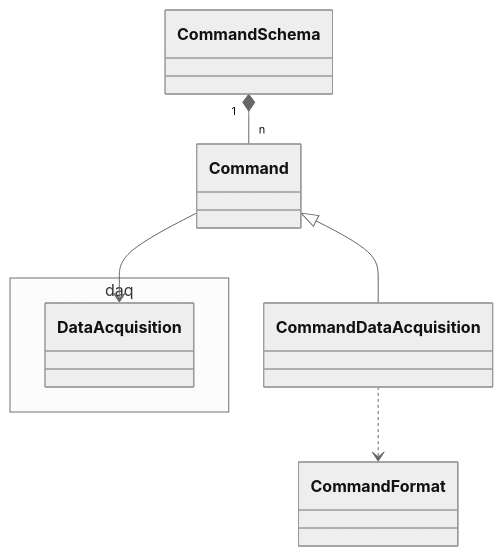
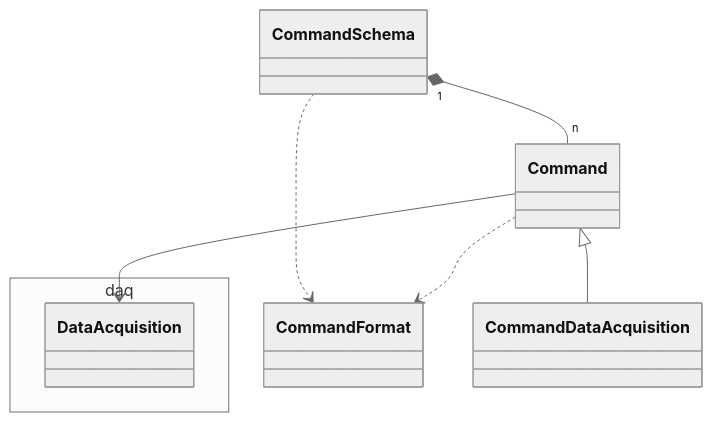
The fifth of 6 diagrams in doc/class_diagram.md (lsst-ts/ts_dynalene), drawn with Mermaid (neutral theme) before and after one commit. The commit also changed other lines of this file and 10 other files, not shown here.

````diff
--- a/doc/class_diagram.md
+++ b/doc/class_diagram.md
@@ -132,14 +143,15 @@
 ```mermaid
 classDiagram
 
 namespace daq {
   class DataAcquisition
 }
 
 CommandSchema "1" *-- "n" Command
+CommandSchema ..> CommandFormat
 
 Command --> DataAcquisition
+Command ..> CommandFormat
+
 Command <|-- CommandDataAcquisition
-
-CommandDataAcquisition ..> CommandFormat
 ```
````
